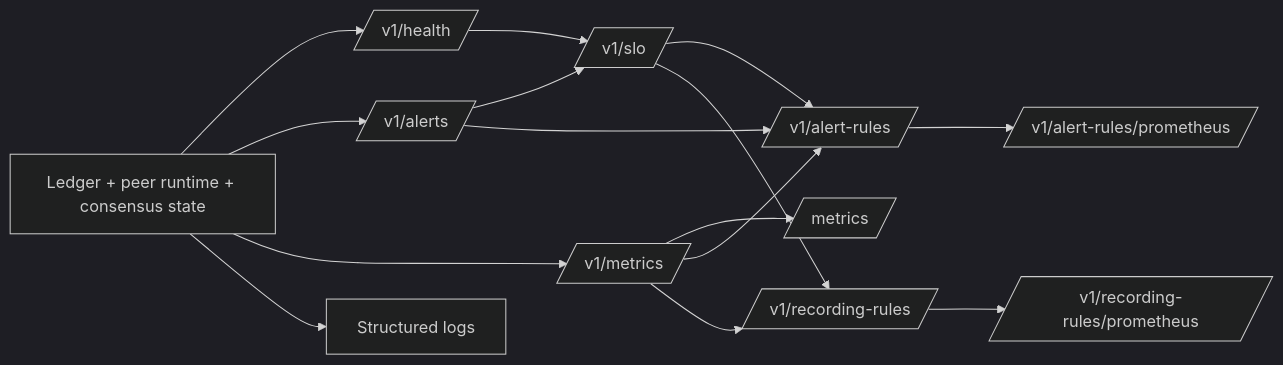
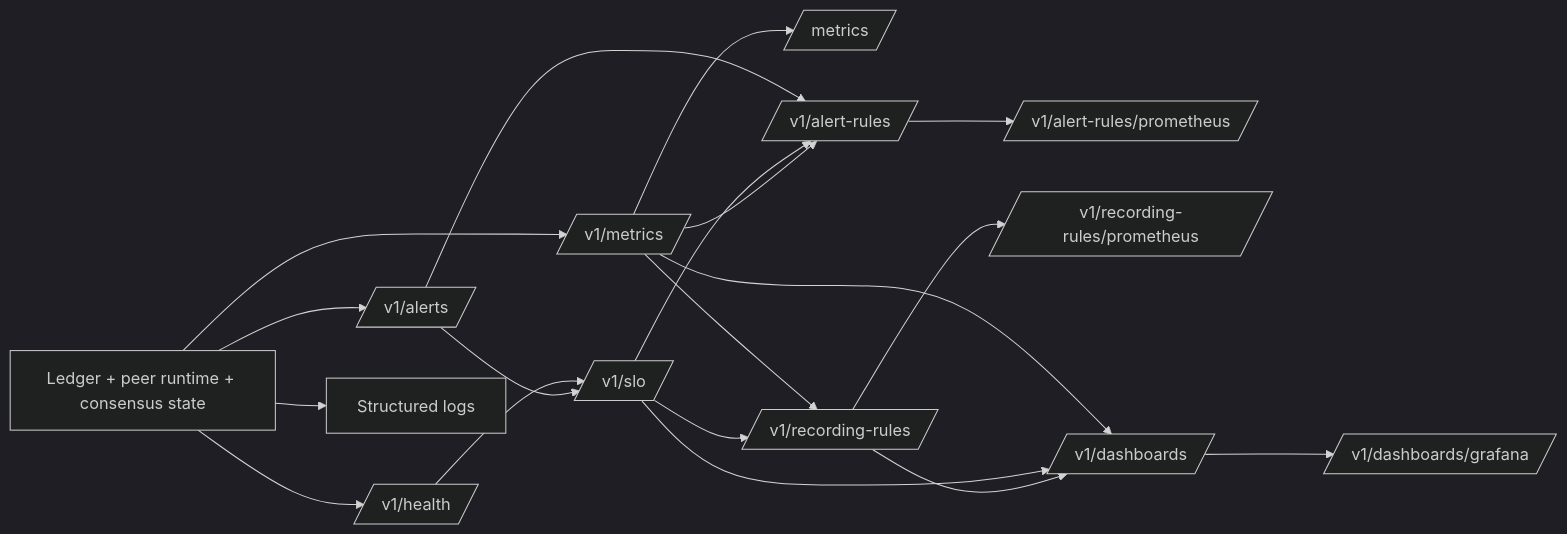
The diagram in docs/architecture.md (the-code-learner/Zephyr-Chain), drawn with Mermaid (dark theme) before and after one commit. The commit also changed other lines of this file and 8 other files, not shown here.

````diff
--- a/docs/architecture.md
+++ b/docs/architecture.md
@@ -25,28 +25,34 @@
 ```mermaid
 flowchart LR
     State[Ledger + peer runtime + consensus state]
     Health[/v1/health/]
     Alerts[/v1/alerts/]
     SLO[/v1/slo/]
     Metrics[/v1/metrics/]
     Prom[/metrics/]
     RulesJSON[/v1/alert-rules/]
     RulesProm[/v1/alert-rules/prometheus/]
     RecordsJSON[/v1/recording-rules/]
     RecordsProm[/v1/recording-rules/prometheus/]
+    DashJSON[/v1/dashboards/]
+    DashGraf[/v1/dashboards/grafana/]
     Logs[Structured logs]
     State --> Health
     State --> Alerts
     State --> Metrics
     State --> Logs
     Health --> SLO
     Alerts --> SLO
     Alerts --> RulesJSON
     SLO --> RulesJSON
     Metrics --> Prom
     Metrics --> RulesJSON
     Metrics --> RecordsJSON
     SLO --> RecordsJSON
+    Metrics --> DashJSON
+    SLO --> DashJSON
+    RecordsJSON --> DashJSON
     RulesJSON --> RulesProm
     RecordsJSON --> RecordsProm
+    DashJSON --> DashGraf
 ```
````
